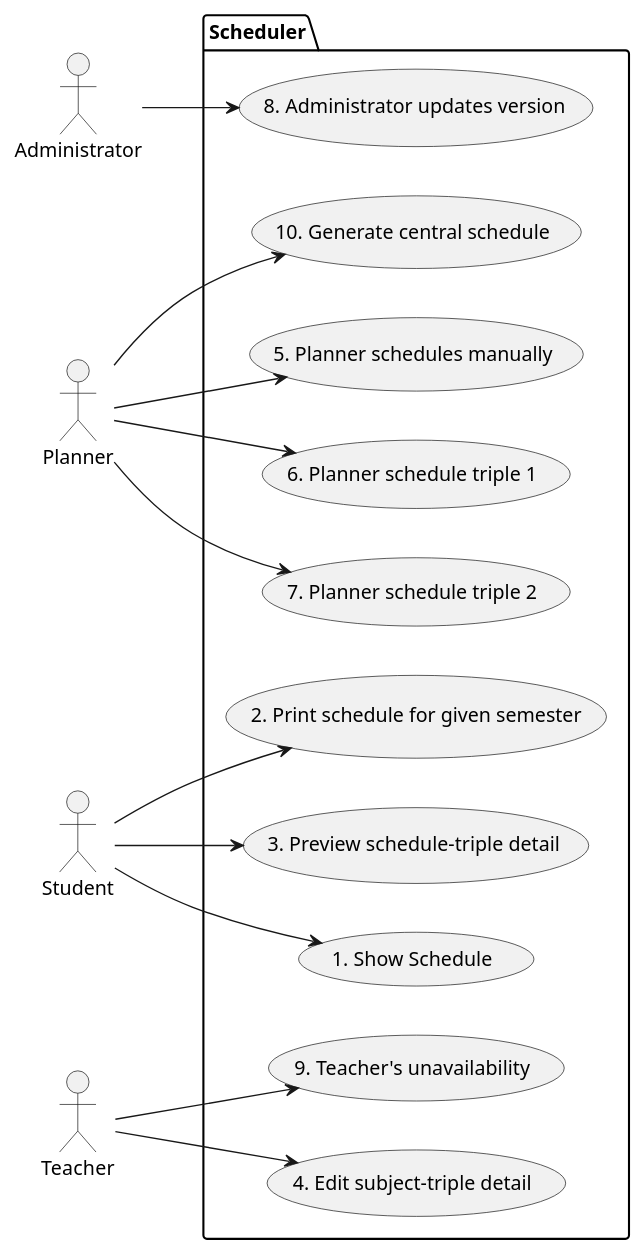
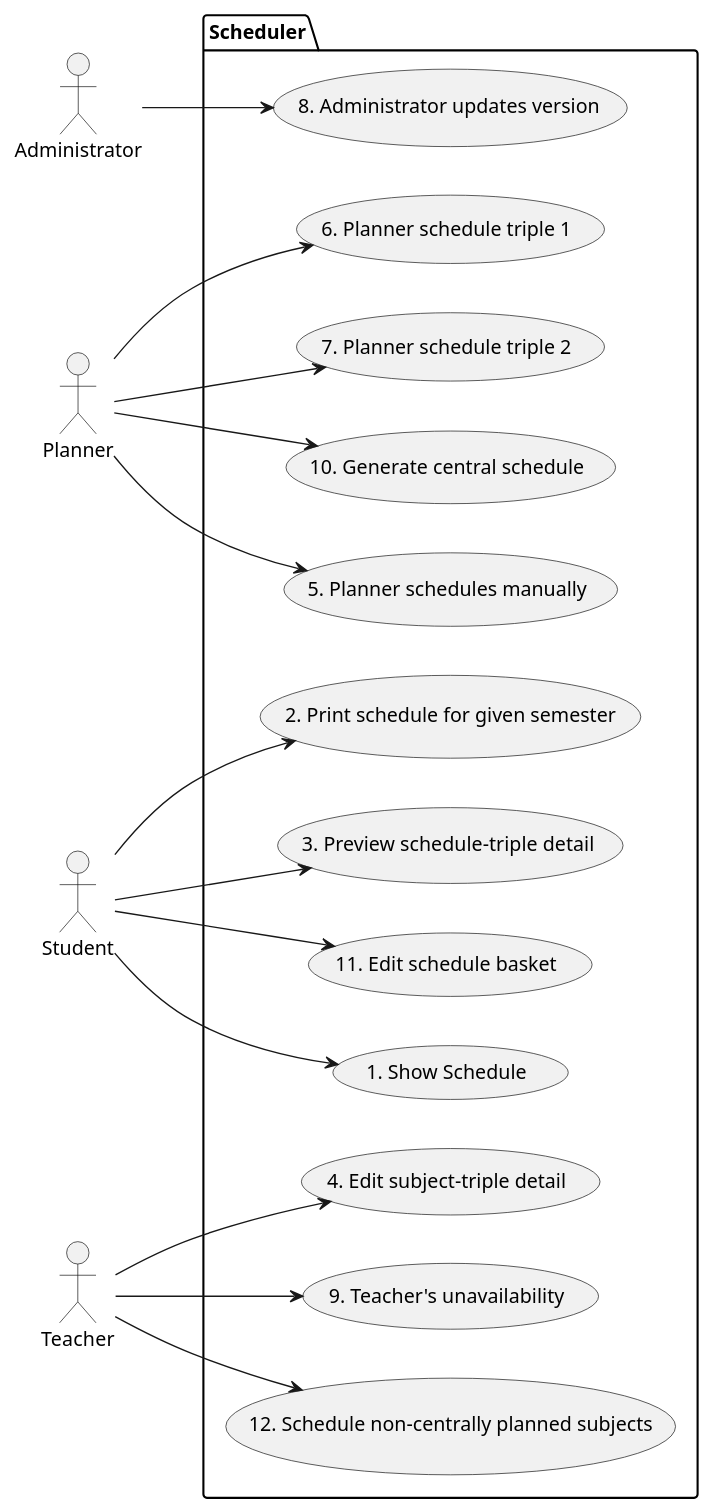
One commit to schafric/MFF-NSWI041 changed the first of 7 diagrams in 1/seminar-work.md. Above: the diagram before and after it, drawn with PlantUML. The commit also changed other lines of this file, not shown here.

````diff
--- a/1/seminar-work.md
+++ b/1/seminar-work.md
@@ -209,31 +211,35 @@
 ```plantuml
 @startuml
 left to right direction
 actor Administrator as a
 actor Planner as p
 actor Student as s
 actor Teacher as t
 package Scheduler {
   usecase "1. Show Schedule" as UC1
   usecase "2. Print schedule for given semester" as UC2
   usecase "3. Preview schedule-triple detail" as UC3
   usecase "4. Edit subject-triple detail" as UC4
   usecase "5. Planner schedules manually" as UC5
   usecase "6. Planner schedule triple 1" as UC6
   usecase "7. Planner schedule triple 2" as UC7
   usecase "8. Administrator updates version" as UC8
   usecase "9. Teacher's unavailability" as UC9
   usecase "10. Generate central schedule" as UC10
+  usecase "11. Edit schedule basket" as UC11
+  usecase "12. Schedule non-centrally planned subjects" as UC12
 }
 s --> UC1
 s --> UC2
 s --> UC3
 t --> UC4
 p --> UC5
 p --> UC6
 p --> UC7
 a --> UC8
 t --> UC9
 p --> UC10
+s --> UC11
+t --> UC12
 @enduml
 ```
````
